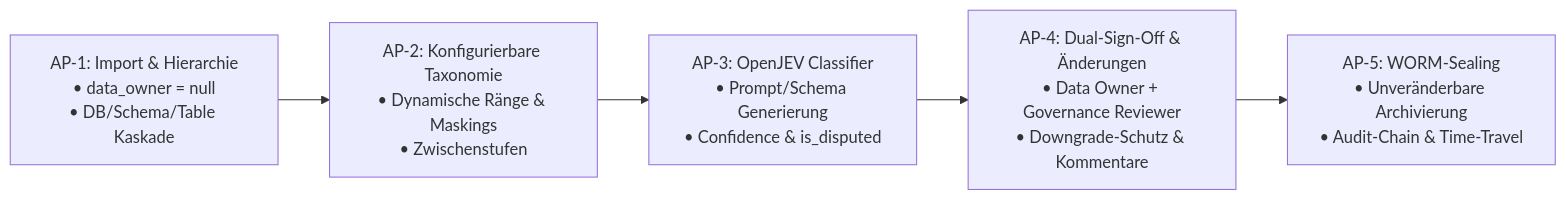
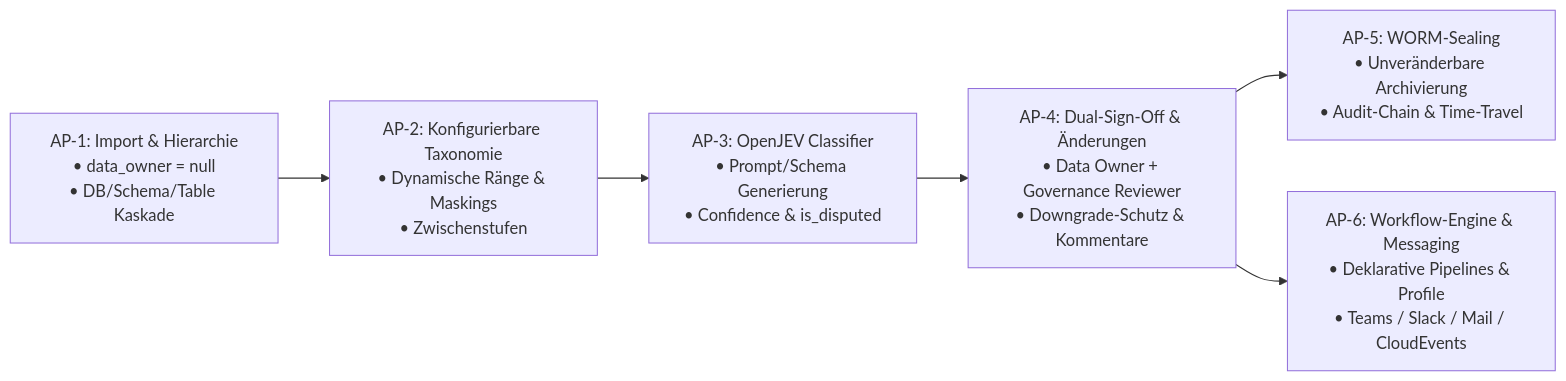
One commit to themulle/autheris changed the fifth of 5 diagrams in docs/plans/2026-10-10-konzept-datenklassifizierung-ki-vorklassifizierung.md. Above: the diagram before and after it, drawn with Mermaid. The commit also changed other lines of this file, not shown here.

Commit message:
docs(plans): add configurable workflow state machine and messaging notification engine to PLAN-GOV-KI-13

````diff
--- a/docs/plans/2026-10-10-konzept-datenklassifizierung-ki-vorklassifizierung.md
+++ b/docs/plans/2026-10-10-konzept-datenklassifizierung-ki-vorklassifizierung.md
@@ -324,7 +429,8 @@
 ```mermaid
 flowchart LR
     AP1["AP-1: Import & Hierarchie<br/>• data_owner = null<br/>• DB/Schema/Table Kaskade"] --> AP2["AP-2: Konfigurierbare Taxonomie<br/>• Dynamische Ränge & Maskings<br/>• Zwischenstufen"]
     AP2 --> AP3["AP-3: OpenJEV Classifier<br/>• Prompt/Schema Generierung<br/>• Confidence & is_disputed"]
     AP3 --> AP4["AP-4: Dual-Sign-Off & Änderungen<br/>• Data Owner + Governance Reviewer<br/>• Downgrade-Schutz & Kommentare"]
     AP4 --> AP5["AP-5: WORM-Sealing<br/>• Unveränderbare Archivierung<br/>• Audit-Chain & Time-Travel"]
+    AP4 --> AP6["AP-6: Workflow-Engine & Messaging<br/>• Deklarative Pipelines & Profile<br/>• Teams / Slack / Mail / CloudEvents"]
 ```
````
